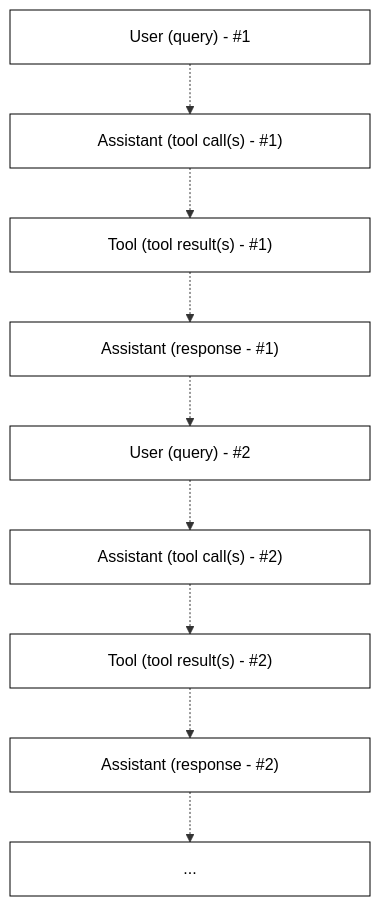
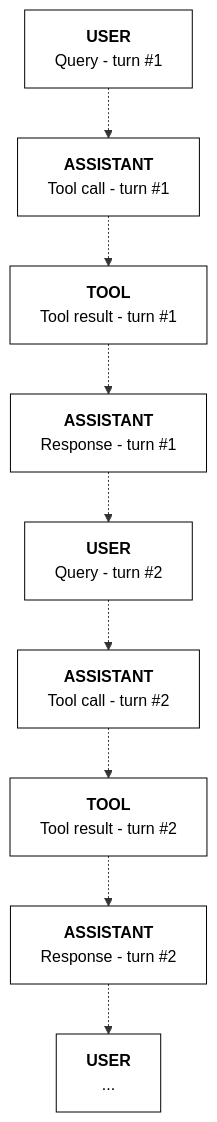
The sixth of 6 diagrams in fern/pages/v2/tool-use/tool-use-usage-patterns.mdx (cohere-ai/cohere-developer-experience), drawn with Mermaid before and after one commit. The commit also changed other lines of this file and 4 other files, not shown here.

````diff
--- a/fern/pages/v2/tool-use/tool-use-usage-patterns.mdx
+++ b/fern/pages/v2/tool-use/tool-use-usage-patterns.mdx
@@ -567,32 +578,26 @@
 ```mermaid
 %%{init: {'htmlLabels': true}}%%
 flowchart TD
-    A["<div style='width:300px; text-align:center; color:black;'>User (query) - #1</div>"]
-    B["<div style='width:300px; text-align:center; color:black;'>Assistant (tool call(s) - #1)</div>"]
-    C["<div style='width:300px; text-align:center; color:black;'>Tool (tool result(s) - #1)</div>"]
-    D["<div style='width:300px; text-align:center; color:black;'>Assistant (response - #1)</div>"]
-    E["<div style='width:300px; text-align:center; color:black;'>User (query) - #2</div>"]
-    F["<div style='width:300px; text-align:center; color:black;'>Assistant (tool call(s) - #2)</div>"]
-    G["<div style='width:300px; text-align:center; color:black;'>Tool (tool result(s) - #2)</div>"]
-    H["<div style='width:300px; text-align:center; color:black;'>Assistant (response - #2)</div>"]
-    I["<div style='width:300px; text-align:center; color:black;'>...</div>"]
+    classDef defaultStyle fill:#fff,stroke:#000,color:#000;
+
+    A["<div><b>USER</b><br>Query - turn #1</div>"]
+    B["<div><b>ASSISTANT</b><br>Tool call - turn #1</div>"]
+    C["<div><b>TOOL</b><br>Tool result - turn #1</div>"]
+    D["<div><b>ASSISTANT</b><br>Response - turn #1</div>"]
+    E["<div><b>USER</b><br>Query - turn #2</div>"]
+    F["<div><b>ASSISTANT</b><br>Tool call - turn #2</div>"]
+    G["<div><b>TOOL</b><br>Tool result - turn #2</div>"]
+    H["<div><b>ASSISTANT</b><br>Response - turn #2</div>"]
+    I["<div><b>USER</b><br>...</div>"]
 
     A -.-> B
     B -.-> C
     C -.-> D
     D -.-> E
     E -.-> F
     F -.-> G
     G -.-> H
     H -.-> I
 
-    style A fill:#fff,stroke:#000,color:#000
-    style B fill:#fff,stroke:#000,color:#000
-    style C fill:#fff,stroke:#000,color:#000
-    style D fill:#fff,stroke:#000,color:#000
-    style E fill:#fff,stroke:#000,color:#000
-    style F fill:#fff,stroke:#000,color:#000
-    style G fill:#fff,stroke:#000,color:#000
-    style H fill:#fff,stroke:#000,color:#000
-    style I fill:#fff,stroke:#000,color:#000
+    class A,B,C,D,E,F,G,H,I defaultStyle;
 ```
````
